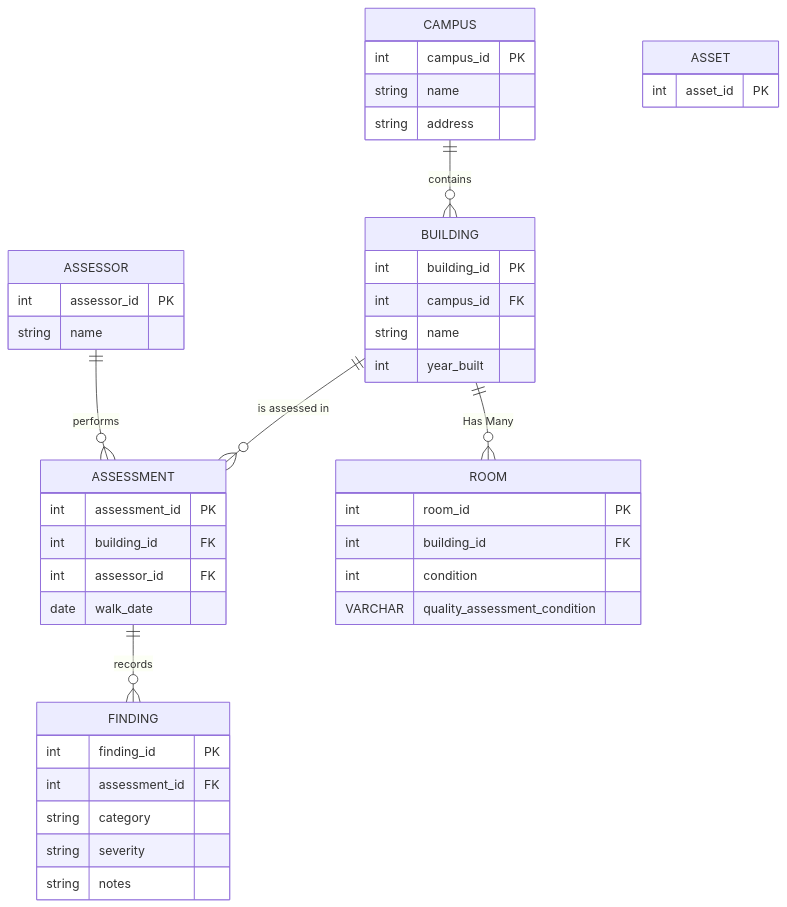
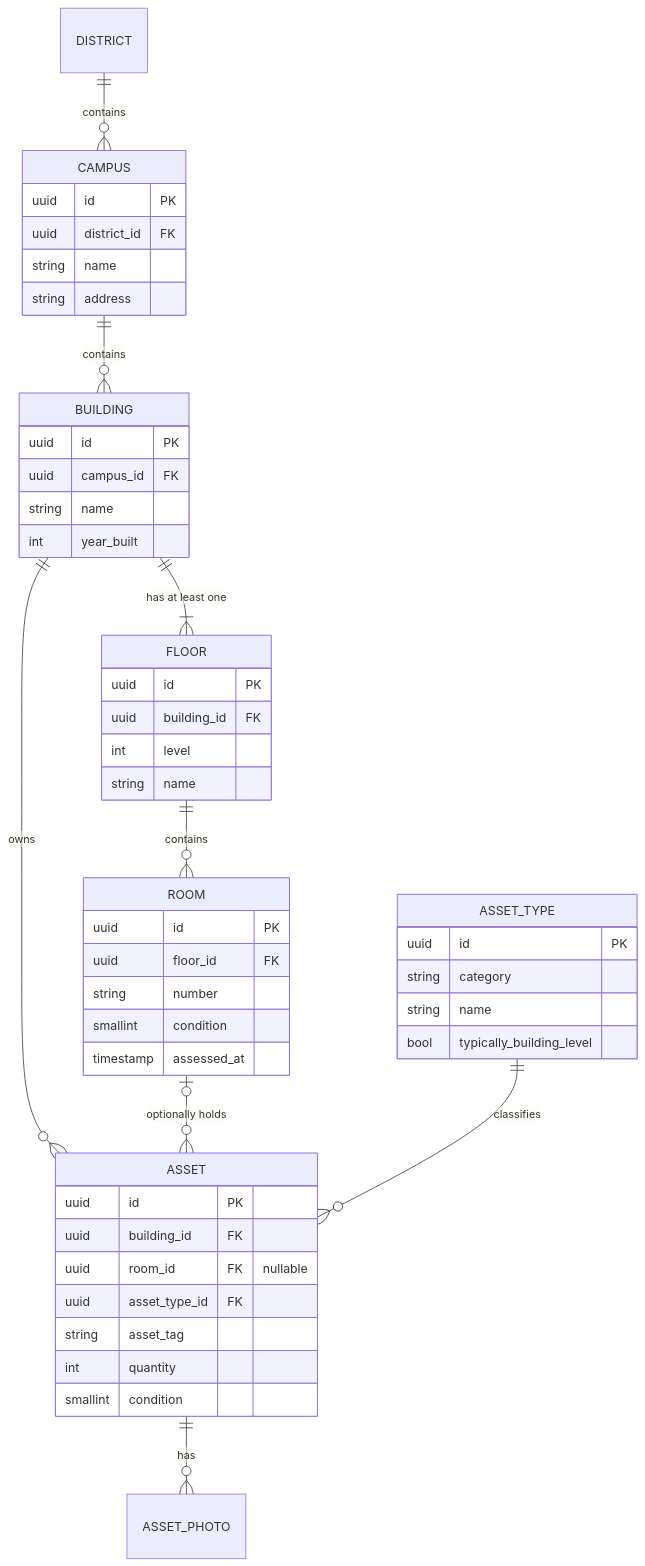
The diagram in README.md (chanstag/Campus-Walk), drawn with Mermaid before and after one commit. The commit also changed other lines of this file and 1 other file, not shown here.

Commit message:
Document first-run setup and generate BETTER_AUTH_SECRET in db:setup
A fresh clone following the README could not start the API or sign in:
BETTER_AUTH_SECRET was never written, permissions were never seeded, and
the first admin had to be found in a source comment.

- db:setup now generates BETTER_AUTH_SECRET when .env lacks one (also on
  re-runs where DATABASE_URL is already set); an existing secret is kept
- README: prerequisites, db:seed:permissions and auth:create-admin in the
  first-run sequence, how to sign in, and a link to it from the top
- README: replace the stale assessment/finding ER diagram with the real
  schema and fix the layout list (App.tsx no longer exists)

````diff
--- a/README.md
+++ b/README.md
@@ -18,47 +19,52 @@
 ```mermaid
   erDiagram
+      DISTRICT ||--o{ CAMPUS : contains
       CAMPUS ||--o{ BUILDING : contains
-      BUILDING ||--o{ ASSESSMENT : "is assessed in"
-      BUILDING ||--o{ ROOM : "Has Many"
-      ASSESSOR ||--o{ ASSESSMENT : performs
-      ASSESSMENT ||--o{ FINDING : records
+      BUILDING ||--|{ FLOOR : "has at least one"
+      FLOOR ||--o{ ROOM : contains
+      BUILDING ||--o{ ASSET : owns
+      ROOM |o--o{ ASSET : "optionally holds"
+      ASSET_TYPE ||--o{ ASSET : classifies
+      ASSET ||--o{ ASSET_PHOTO : has
 
       CAMPUS {
-          int campus_id PK
+          uuid id PK
+          uuid district_id FK
           string name
           string address
       }
       BUILDING {
-          int building_id PK
-          int campus_id FK
+          uuid id PK
+          uuid campus_id FK
           string name
           int year_built
       }
+      FLOOR {
+          uuid id PK
+          uuid building_id FK
+          int level
+          string name
+      }
       ROOM {
-        int room_id PK
-        int building_id FK
-        int condition
-        VARCHAR quality_assessment_condition
+          uuid id PK
+          uuid floor_id FK
+          string number
+          smallint condition
+          timestamp assessed_at
       }
       ASSET {
-        int asset_id PK
-
+          uuid id PK
+          uuid building_id FK
+          uuid room_id FK "nullable"
+          uuid asset_type_id FK
+          string asset_tag
+          int quantity
+          smallint condition
       }
-      ASSESSMENT {
-          int assessment_id PK
-          int building_id FK
-          int assessor_id FK
-          date walk_date
-      }
-      FINDING {
-          int finding_id PK
-          int assessment_id FK
+      ASSET_TYPE {
+          uuid id PK
           string category
-          string severity
-          string notes
-      }
-      ASSESSOR {
-          int assessor_id PK
           string name
+          bool typically_building_level
       }
 ```
````
